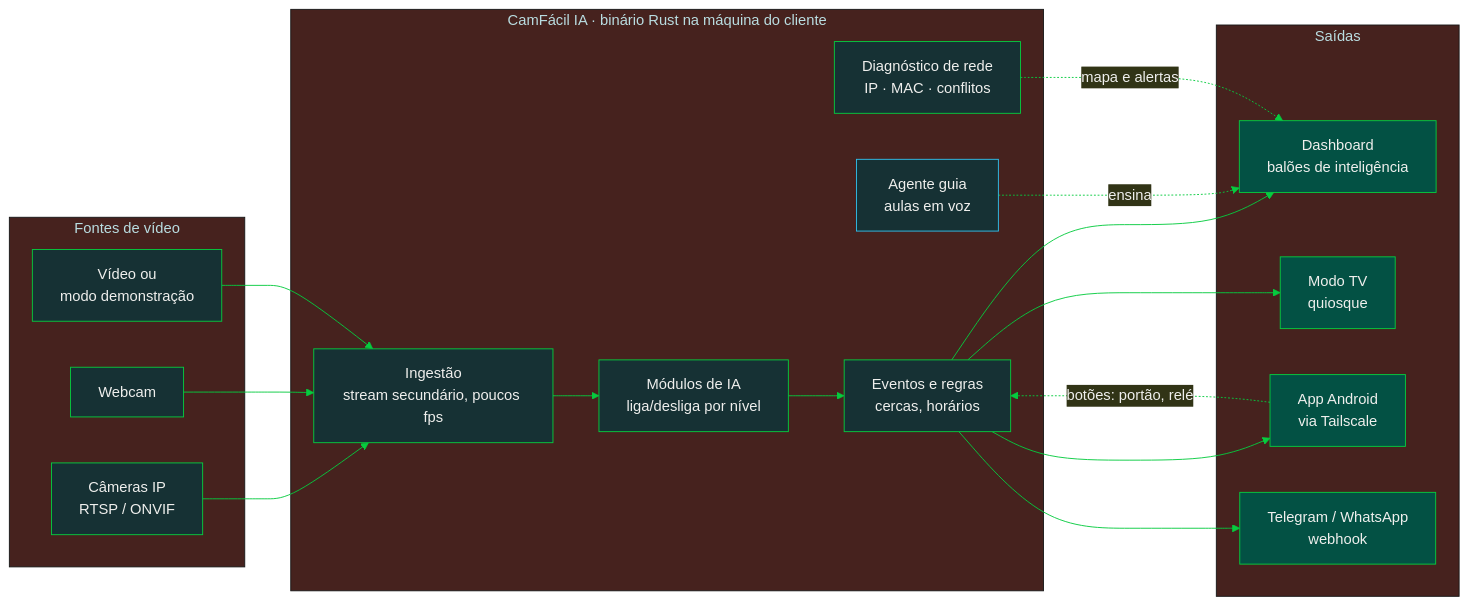
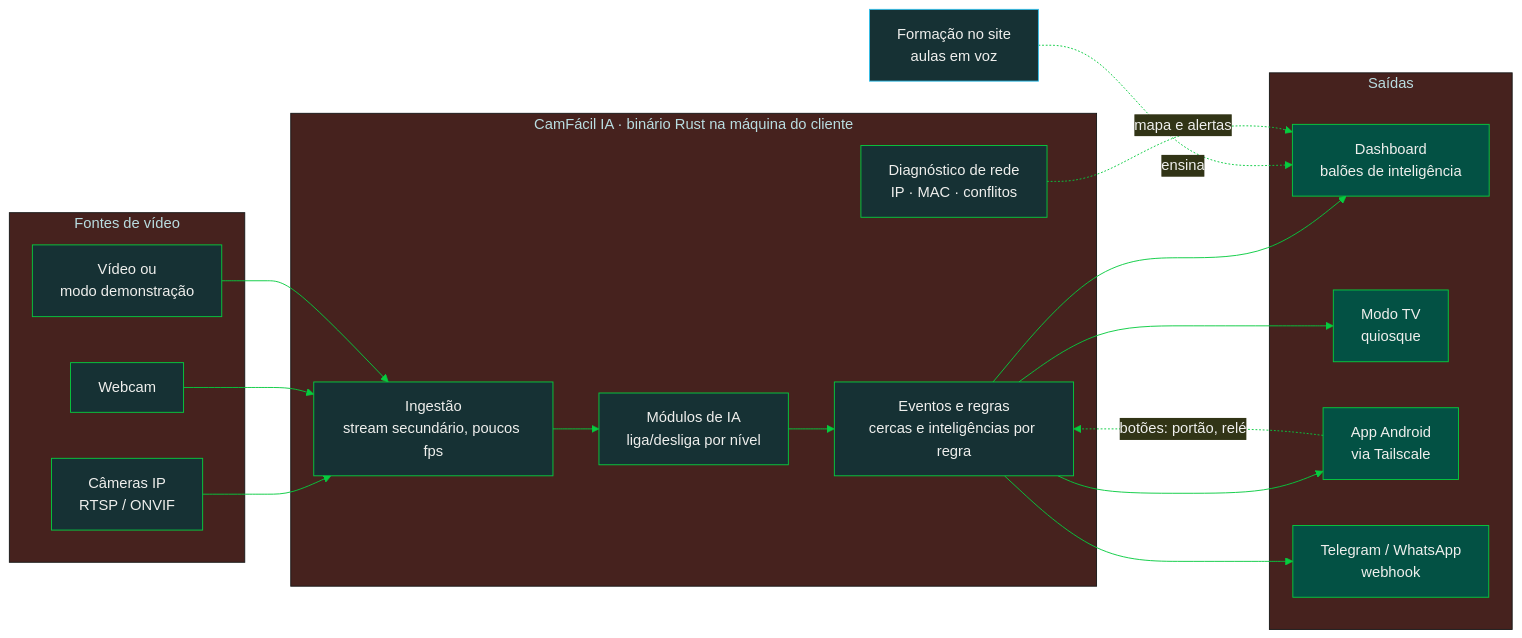
One commit to emersoncassis/CamFacil-IA changed the diagram in README.md. Above: the diagram before and after it, drawn with Mermaid. The commit also changed other lines of this file and 29 other files, not shown here.

````diff
--- a/README.md
+++ b/README.md
@@ -70,31 +70,31 @@
 ```mermaid
 %%{init: {"theme":"base","themeVariables":{"primaryColor":"#163134","primaryTextColor":"#EFEFED","primaryBorderColor":"#06CB3F","lineColor":"#06CB3F","fontFamily":"system-ui"}}}%%
 flowchart LR
   subgraph F[Fontes de vídeo]
     C1[Câmeras IP<br/>RTSP / ONVIF]
     C2[Webcam]
     C3[Vídeo ou<br/>modo demonstração]
   end
   subgraph N[CamFácil IA · binário Rust na máquina do cliente]
     I[Ingestão<br/>stream secundário, poucos fps]
     M[Módulos de IA<br/>liga/desliga por nível]
-    E[Eventos e regras<br/>cercas, horários]
-    G[Agente guia<br/>aulas em voz]
+    E[Eventos e regras<br/>cercas e inteligências por regra]
     D[Diagnóstico de rede<br/>IP · MAC · conflitos]
   end
+  G[Formação no site<br/>aulas em voz]
   subgraph S[Saídas]
     W[Dashboard<br/>balões de inteligência]
     T[Modo TV<br/>quiosque]
     A[App Android<br/>via Tailscale]
     Z[Telegram / WhatsApp<br/>webhook]
   end
   C1 & C2 & C3 --> I --> M --> E
   E --> W & T & A & Z
   G -.ensina.-> W
   D -.mapa e alertas.-> W
   A -.botões: portão, relé.-> E
   classDef saida fill:#035144,stroke:#06CB3F,color:#EFEFED
   classDef guia fill:#163134,stroke:#31BFEB,color:#EFEFED
   class W,T,A,Z saida
   class G guia
 ```
````
